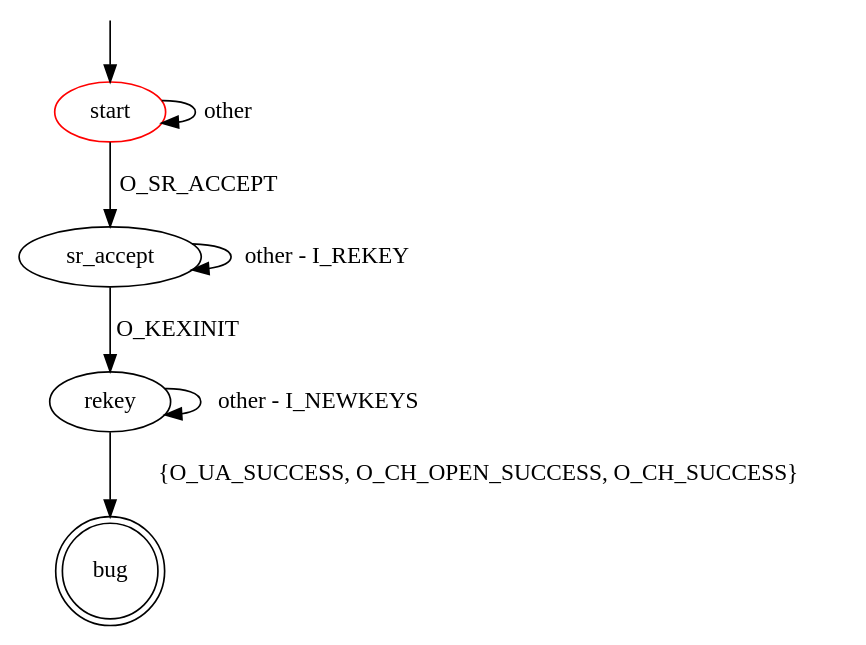
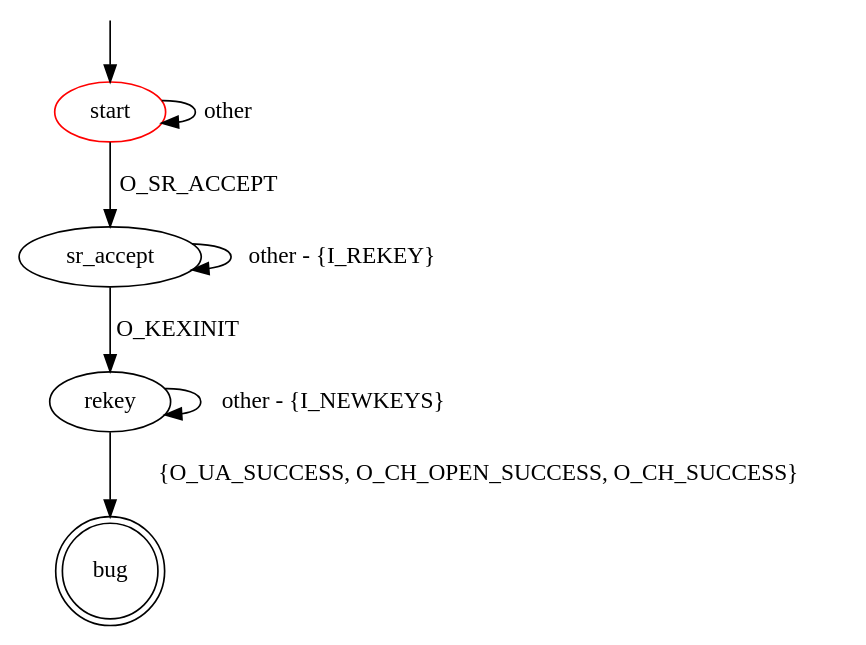
Before and after one commit to assist-project/state-machine-bug-finder: the diagram in src/main/resources/patterns/ssh/server/missing_newkeys.dot, drawn with Graphviz. The commit also changed 35 other files, not shown here.

```diff
--- a/src/main/resources/patterns/ssh/server/missing_newkeys.dot
+++ b/src/main/resources/patterns/ssh/server/missing_newkeys.dot
@@ -1,15 +1,15 @@
 digraph G {
 label=""
 start [color="red"]
 bug [shape="doublecircle"]
 
 start -> sr_accept [label="O_SR_ACCEPT"]
 start -> start [label="other"]
 sr_accept -> rekey [label="O_KEXINIT"]
-sr_accept -> sr_accept [label="other - I_REKEY"]
+sr_accept -> sr_accept [label="other - {I_REKEY}"]
 rekey -> bug [label="{O_UA_SUCCESS, O_CH_OPEN_SUCCESS, O_CH_SUCCESS}"]
-rekey -> rekey [label="other - I_NEWKEYS"]
+rekey -> rekey [label="other - {I_NEWKEYS}"]
 
 __start0 [label="" shape="none" width="0" height="0"];
 __start0 -> start;
 }
```
